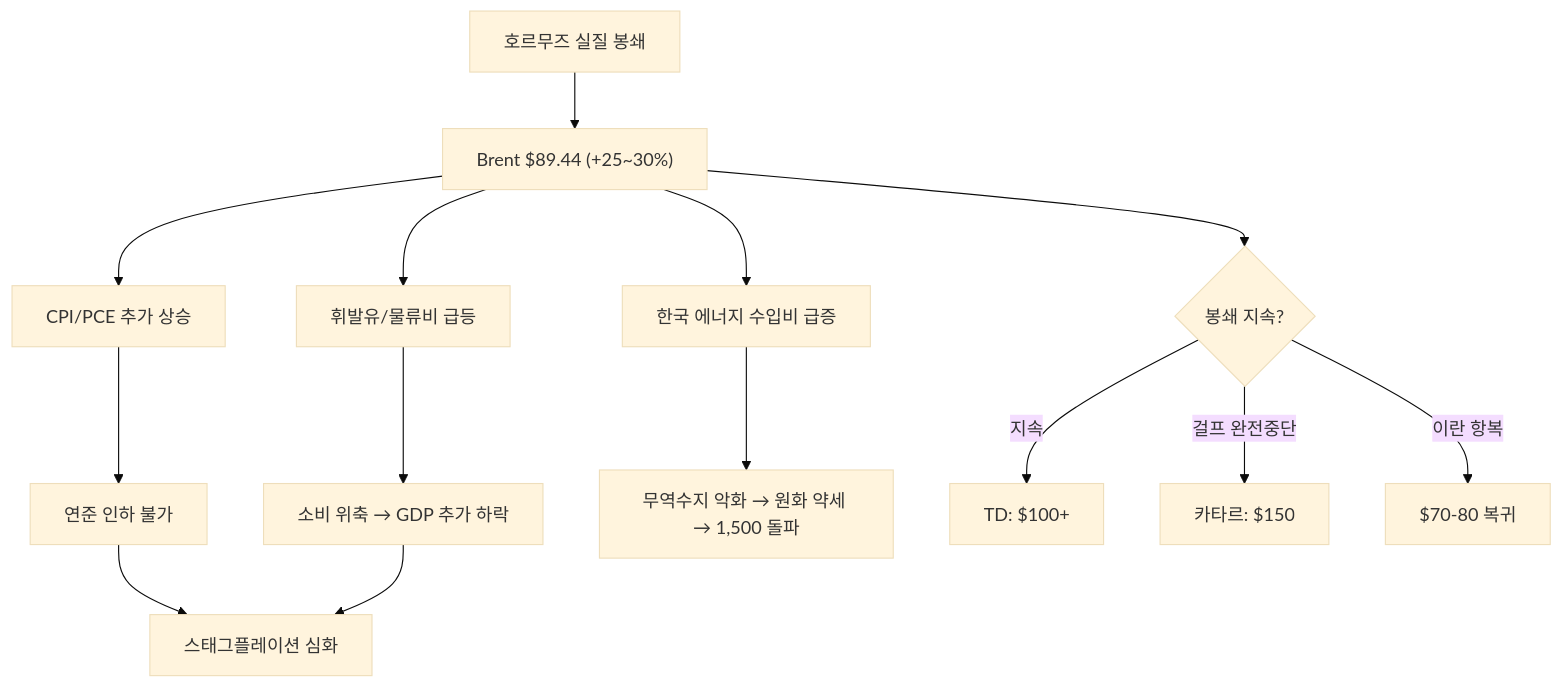
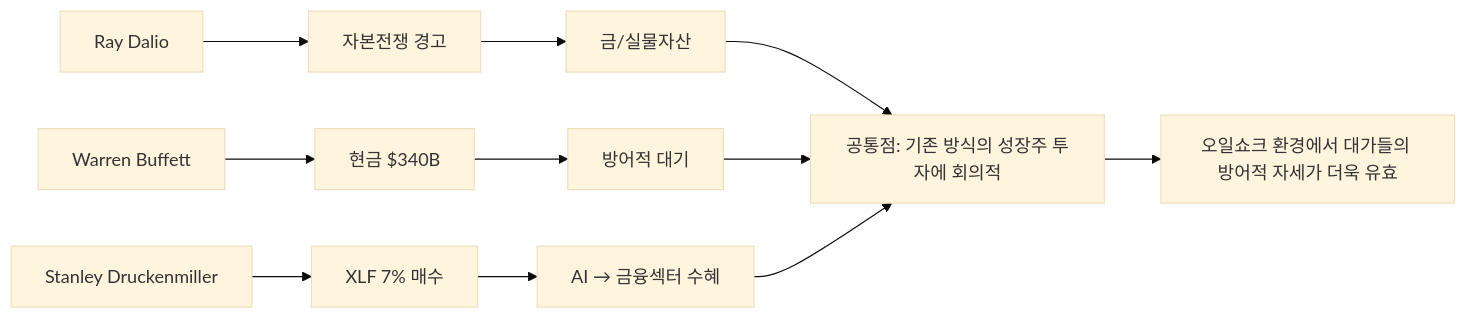
One commit to dss99911/dss99911.github.io changed the sixth of 8 diagrams in _posts/knowledge/invest/2026-01-21-macroeconomic-policy-sector-outlook-2026.md. Above: the diagram before and after it, drawn with Mermaid (base theme). The commit also changed other lines of this file and 4 other files, not shown here.

````diff
--- a/_posts/knowledge/invest/2026-01-21-macroeconomic-policy-sector-outlook-2026.md
+++ b/_posts/knowledge/invest/2026-01-21-macroeconomic-policy-sector-outlook-2026.md
@@ -330,16 +328,13 @@
 ```mermaid
-graph TD
-    A["호르무즈 실질 봉쇄"] --> B["Brent $89.44 (+25~30%)"]
-    B --> C["CPI/PCE 추가 상승"]
-    C --> D["연준 인하 불가"]
-    B --> E["휘발유/물류비 급등"]
-    E --> F["소비 위축 → GDP 추가 하락"]
-    B --> G["한국 에너지 수입비 급증"]
-    G --> H["무역수지 악화 → 원화 약세 → 1,500 돌파"]
-    D --> I["스태그플레이션 심화"]
-    F --> I
-    B --> J{"봉쇄 지속?"}
-    J -->|"지속"| K["TD: $100+"]
-    J -->|"걸프 완전중단"| L["카타르: $150"]
-    J -->|"이란 항복"| M["$70-80 복귀"]
+graph LR
+    A["Ray Dalio"] --> B["자본전쟁 경고"]
+    B --> C["금/실물자산"]
+    D["Warren Buffett"] --> E["현금 $340B"]
+    E --> F["방어적 대기"]
+    G["Stanley Druckenmiller"] --> H["XLF 7% 매수"]
+    H --> I["AI → 금융섹터 수혜"]
+    C --> J["공통점: 기존 방식의 성장주 투자에 회의적"]
+    F --> J
+    I --> J
+    J --> K["오일쇼크 환경에서 대가들의 방어적 자세가 더욱 유효"]
 ```
````
